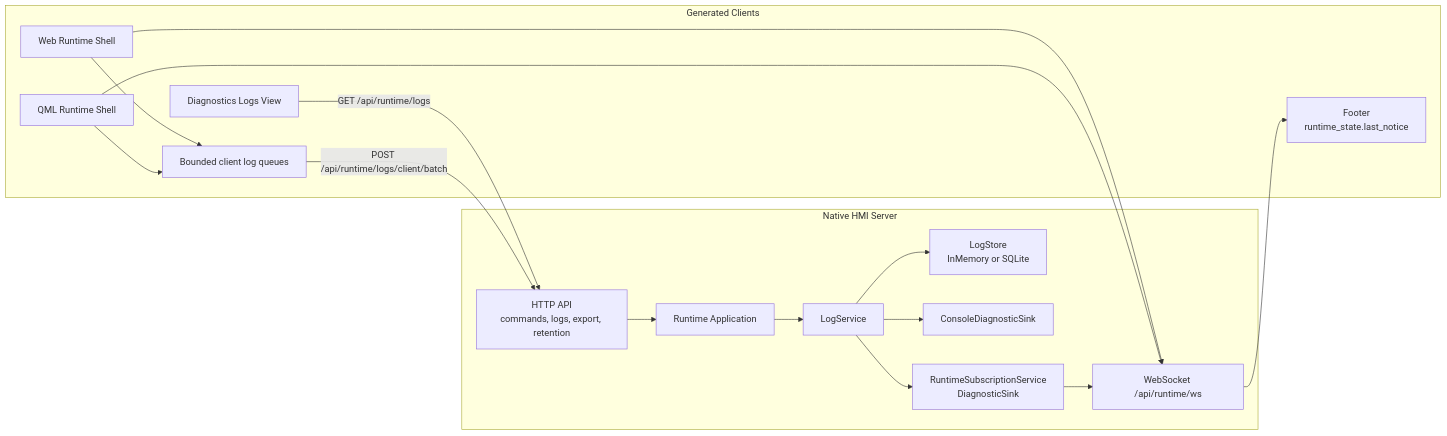
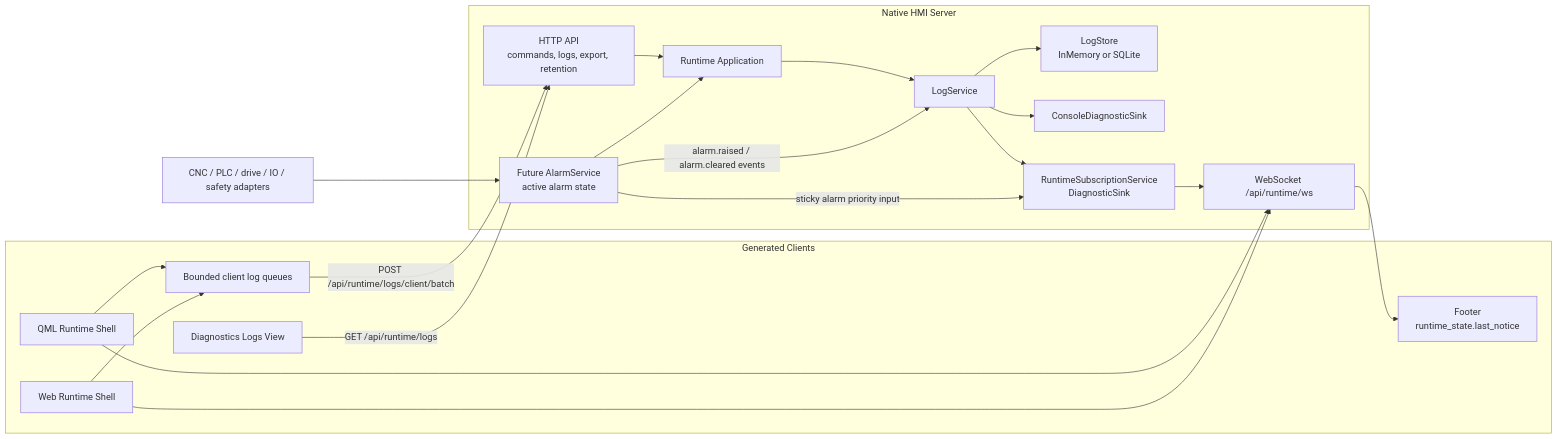
One commit to luppiterw/metanc_hmi_dsl_reports changed the diagram in 2026-05-03-codex-session/architecture-diagram.md. Above: the diagram before and after it, drawn with Mermaid. The commit also changed other lines of this file and 4 other files, not shown here.

````diff
--- a/2026-05-03-codex-session/architecture-diagram.md
+++ b/2026-05-03-codex-session/architecture-diagram.md
@@ -3,36 +3,41 @@
 ```mermaid
 flowchart LR
     subgraph Server[Native HMI Server]
         App[Runtime Application]
+        AlarmState[Future AlarmService\nactive alarm state]
         LogService[LogService]
         LogStore[LogStore\nInMemory or SQLite]
         ConsoleSink[ConsoleDiagnosticSink]
         SubService[RuntimeSubscriptionService\nDiagnosticSink]
         Http[HTTP API\ncommands, logs, export, retention]
         Ws[WebSocket /api/runtime/ws]
     end
 
     subgraph Clients[Generated Clients]
         Web[Web Runtime Shell]
         Qml[QML Runtime Shell]
         Footer[Footer\nruntime_state.last_notice]
         LogsView[Diagnostics Logs View]
         ClientQueue[Bounded client log queues]
     end
 
+    AlarmSources[CNC / PLC / drive / IO / safety adapters] --> AlarmState
+    AlarmState --> App
+    AlarmState -->|alarm.raised / alarm.cleared events| LogService
+    AlarmState -->|sticky alarm priority input| SubService
     App --> LogService
     Http --> App
     LogService --> LogStore
     LogService --> ConsoleSink
     LogService --> SubService
     SubService --> Ws
 
     Web --> Ws
     Qml --> Ws
     Ws --> Footer
 
     LogsView -->|GET /api/runtime/logs| Http
     ClientQueue -->|POST /api/runtime/logs/client/batch| Http
     Web --> ClientQueue
     Qml --> ClientQueue
 ```
````
